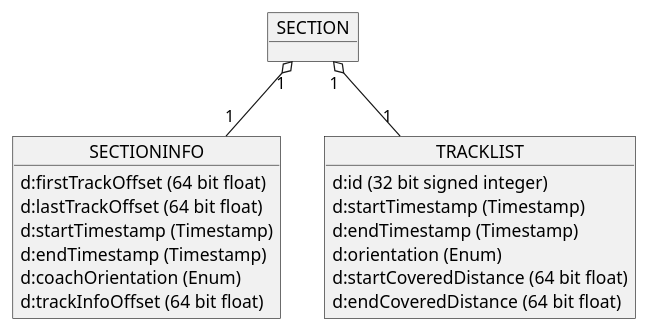
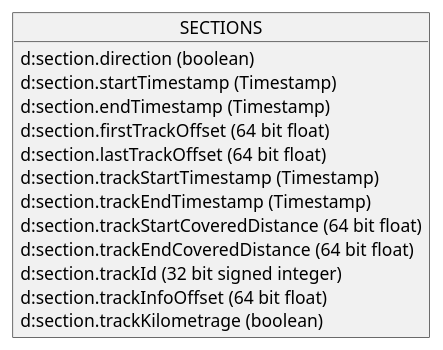
One commit to OpenRailAssociation/rcm-dx changed the sixth of 13 diagrams in images/rcm-dx-images.puml. Above: the diagram before and after it, drawn with PlantUML. The commit also changed other lines of this file and 17 other files, not shown here.

```diff
--- a/images/rcm-dx-images.puml
+++ b/images/rcm-dx-images.puml
@@ -191,25 +163,18 @@
 @startuml rcmdx_section_group
 
-  object SECTION
-
-    object SECTIONINFO {
-    d:firstTrackOffset (64 bit float)
-    d:lastTrackOffset (64 bit float)
-    d:startTimestamp (Timestamp)
-    d:endTimestamp (Timestamp)
-    d:coachOrientation (Enum)
-    d:trackInfoOffset (64 bit float)
+  object SECTIONS {
+    d:section.direction (boolean)
+    d:section.startTimestamp (Timestamp)
+    d:section.endTimestamp (Timestamp)
+    d:section.firstTrackOffset (64 bit float)
+    d:section.lastTrackOffset (64 bit float)
+    d:section.trackStartTimestamp (Timestamp)
+    d:section.trackEndTimestamp (Timestamp)
+    d:section.trackStartCoveredDistance (64 bit float)
+    d:section.trackEndCoveredDistance (64 bit float)
+    d:section.trackId (32 bit signed integer)
+    d:section.trackInfoOffset (64 bit float)
+    d:section.trackKilometrage (boolean)
   }
-  SECTION "1" o-- "1" SECTIONINFO
-
-  object TRACKLIST {
-    d:id (32 bit signed integer)
-    d:startTimestamp (Timestamp)
-    d:endTimestamp (Timestamp)
-    d:orientation (Enum)
-    d:startCoveredDistance (64 bit float)
-    d:endCoveredDistance (64 bit float)
-  }
-  SECTION "1" o-- "1" TRACKLIST
 
 @enduml
```
